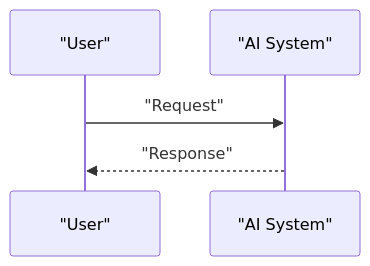
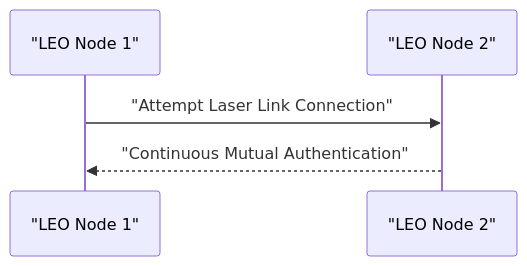
Before and after one commit to flouzzy/top-100-ai-startup-ideas: the second of 2 diagrams in ideas/zero-trust-space-mesh/README.md, drawn with Mermaid. The commit also changed other lines of this file and 19 other files, not shown here.

````diff
--- a/ideas/zero-trust-space-mesh/README.md
+++ b/ideas/zero-trust-space-mesh/README.md
@@ -37,7 +37,7 @@
 ```mermaid
 sequenceDiagram
-    participant U as "User"
-    participant S as "AI System"
-    U->>S: "Request"
-    S-->>U: "Response"
+    participant S1 as "LEO Node 1"
+    participant S2 as "LEO Node 2"
+    S1->>S2: "Attempt Laser Link Connection"
+    S2-->>S1: "Continuous Mutual Authentication"
 ```
````
